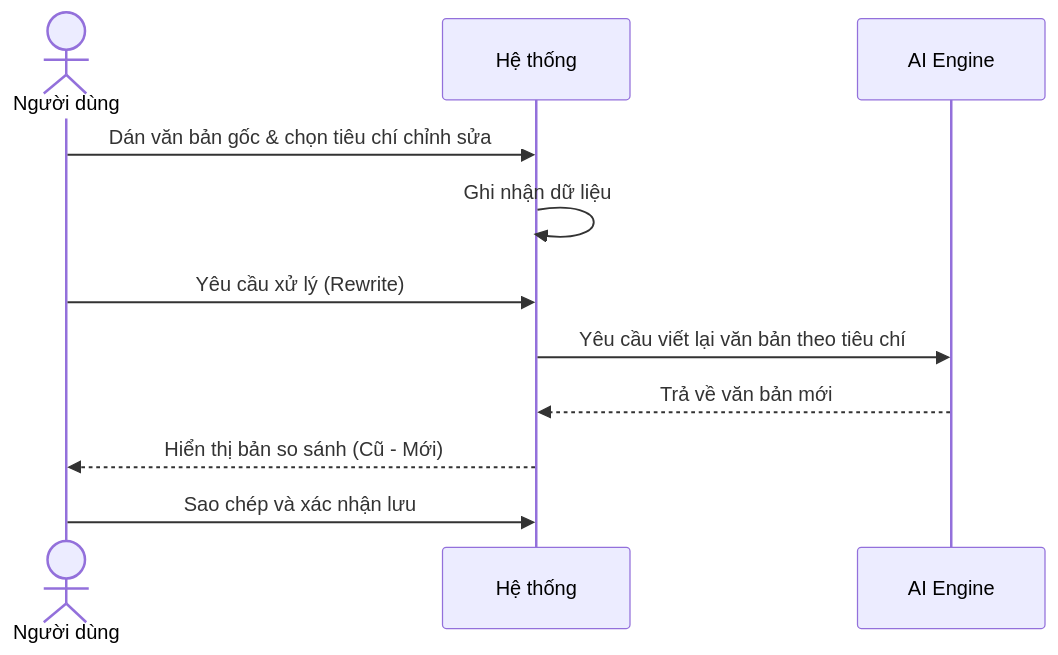
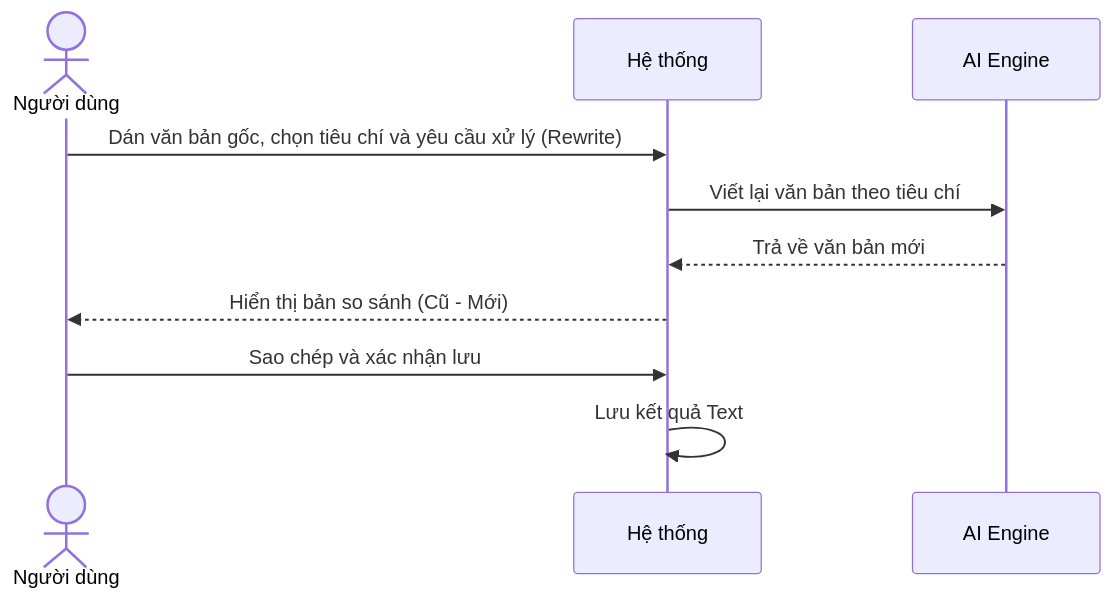
The second of 4 diagrams in docs/usecase/nhom_3_communication_admin.md (Cong-ty-TNNH-Q-Tech/Q-School), drawn with Mermaid before and after one commit. The commit also changed other lines of this file and 4 other files, not shown here.

Commit message:
docs(usecase): standardize all tables and sequence diagrams, fix temporal logic and AI roles

````diff
--- a/docs/usecase/nhom_3_communication_admin.md
+++ b/docs/usecase/nhom_3_communication_admin.md
@@ -55,14 +51,13 @@
 ```mermaid
 sequenceDiagram
     actor GV as Người dùng
     participant HT as Hệ thống
     participant AI as AI Engine
 
-    GV->>HT: Dán văn bản gốc & chọn tiêu chí chỉnh sửa
-    HT->>HT: Ghi nhận dữ liệu
-    GV->>HT: Yêu cầu xử lý (Rewrite)
-    HT->>AI: Yêu cầu viết lại văn bản theo tiêu chí
+    GV->>HT: Dán văn bản gốc, chọn tiêu chí và yêu cầu xử lý (Rewrite)
+    HT->>AI: Viết lại văn bản theo tiêu chí
     AI-->>HT: Trả về văn bản mới
     HT-->>GV: Hiển thị bản so sánh (Cũ - Mới)
     GV->>HT: Sao chép và xác nhận lưu
+    HT->>HT: Lưu kết quả Text
 ```
````
